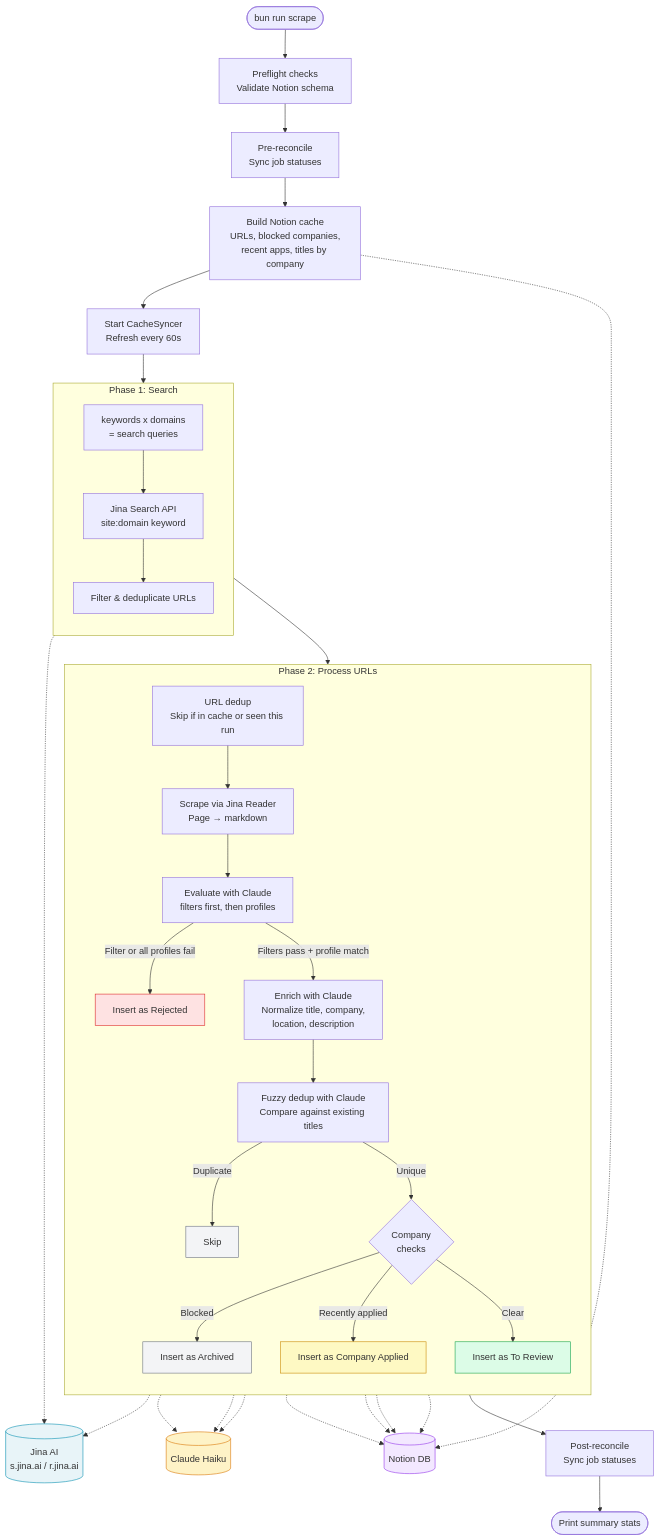
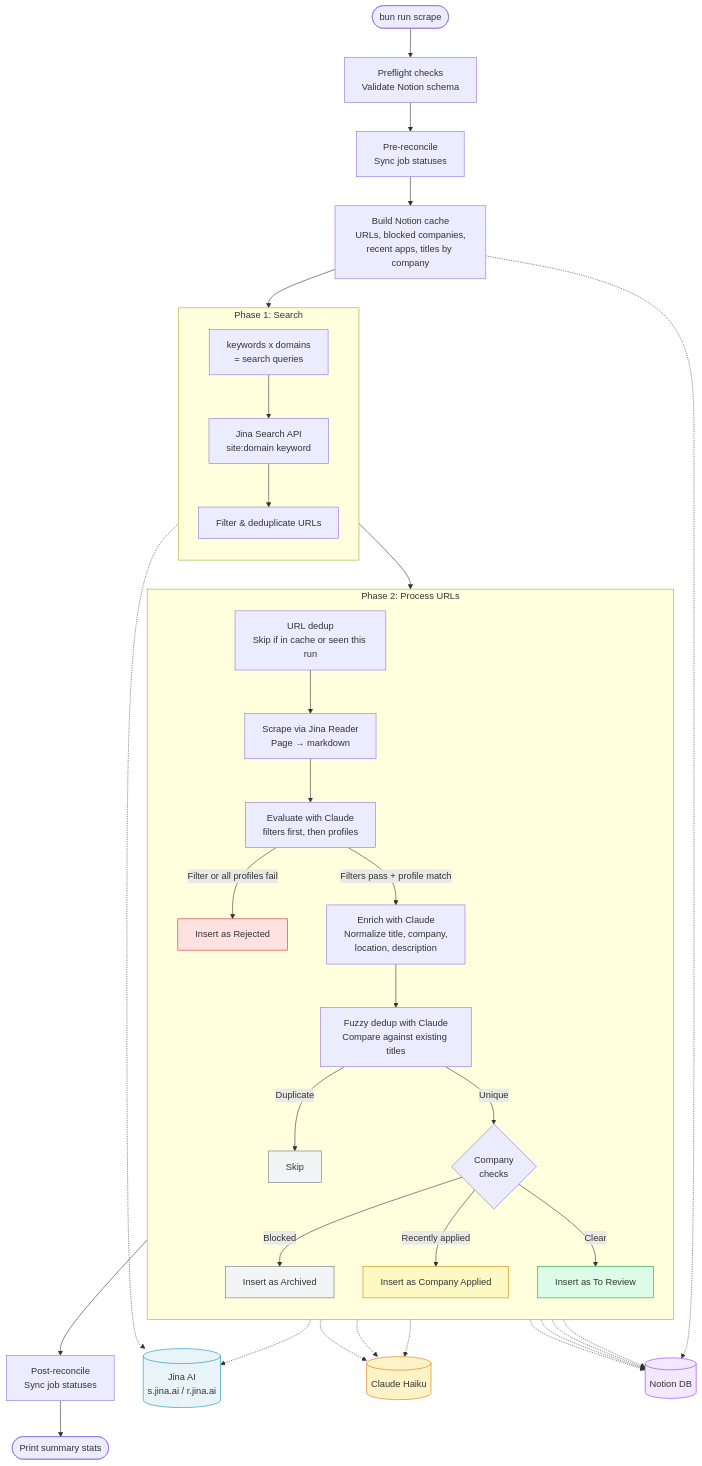
One commit to mauricedesaxe/job-finder changed the diagram in README.md. Above: the diagram before and after it, drawn with Mermaid. The commit also changed other lines of this file and 4 other files, not shown here.

````diff
--- a/README.md
+++ b/README.md
@@ -117,56 +119,54 @@
 ```mermaid
 flowchart TD
     Start([bun run scrape]) --> Preflight[Preflight checks\nValidate Notion schema]
     Preflight --> PreReconcile[Pre-reconcile\nSync job statuses]
     PreReconcile --> Cache[Build Notion cache\nURLs, blocked companies,\nrecent apps, titles by company]
-    Cache --> Syncer[Start CacheSyncer\nRefresh every 60s]
-
-    Syncer --> Search
+    Cache --> Search
 
     subgraph Search [Phase 1: Search]
         direction TB
         Keywords[keywords x domains\n= search queries] --> JinaSearch
         JinaSearch[Jina Search API\nsite:domain keyword]
         JinaSearch --> Dedup1[Filter & deduplicate URLs]
     end
 
     Search --> Process
 
     subgraph Process [Phase 2: Process URLs]
         direction TB
         P1[URL dedup\nSkip if in cache or seen this run]
         P1 --> P2[Scrape via Jina Reader\nPage → markdown]
         P2 --> P3[Evaluate with Claude\nfilters first, then profiles]
         P3 -->|Filter or all profiles fail| Rejected[Insert as Rejected]
         P3 -->|Filters pass + profile match| P4[Enrich with Claude\nNormalize title, company,\nlocation, description]
         P4 --> P5[Fuzzy dedup with Claude\nCompare against existing titles]
         P5 -->|Duplicate| Skip1[Skip]
         P5 -->|Unique| P6{Company\nchecks}
         P6 -->|Blocked| Archive[Insert as Archived]
         P6 -->|Recently applied| CompApp[Insert as Company Applied]
         P6 -->|Clear| Insert[Insert as To Review]
     end
 
     Process --> PostReconcile[Post-reconcile\nSync job statuses]
     PostReconcile --> Summary([Print summary stats])
 
     JinaSearch -.-> Jina[(Jina AI\ns.jina.ai / r.jina.ai)]
     P2 -.-> Jina
     P3 -.-> Claude[(Claude Haiku)]
     P4 -.-> Claude
     P5 -.-> Claude
     Insert -.-> Notion[(Notion DB)]
     Rejected -.-> Notion
     Archive -.-> Notion
     CompApp -.-> Notion
     Cache -.-> Notion
 
     style Jina fill:#e8f4f8,stroke:#0891b2
     style Claude fill:#fef3c7,stroke:#d97706
     style Notion fill:#f3e8ff,stroke:#9333ea
     style Rejected fill:#fee2e2,stroke:#dc2626
     style Skip1 fill:#f3f4f6,stroke:#6b7280
     style Archive fill:#f3f4f6,stroke:#6b7280
     style Insert fill:#dcfce7,stroke:#16a34a
     style CompApp fill:#fef9c3,stroke:#ca8a04
 ```
````
